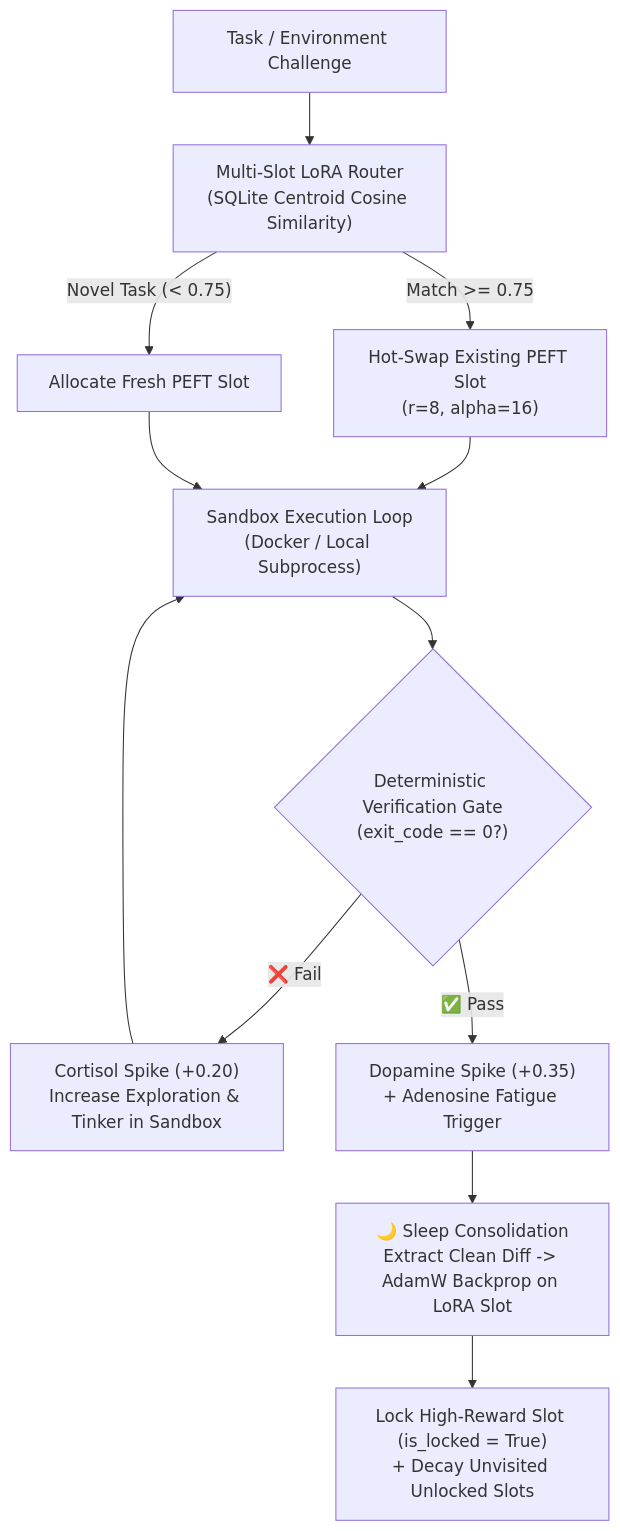
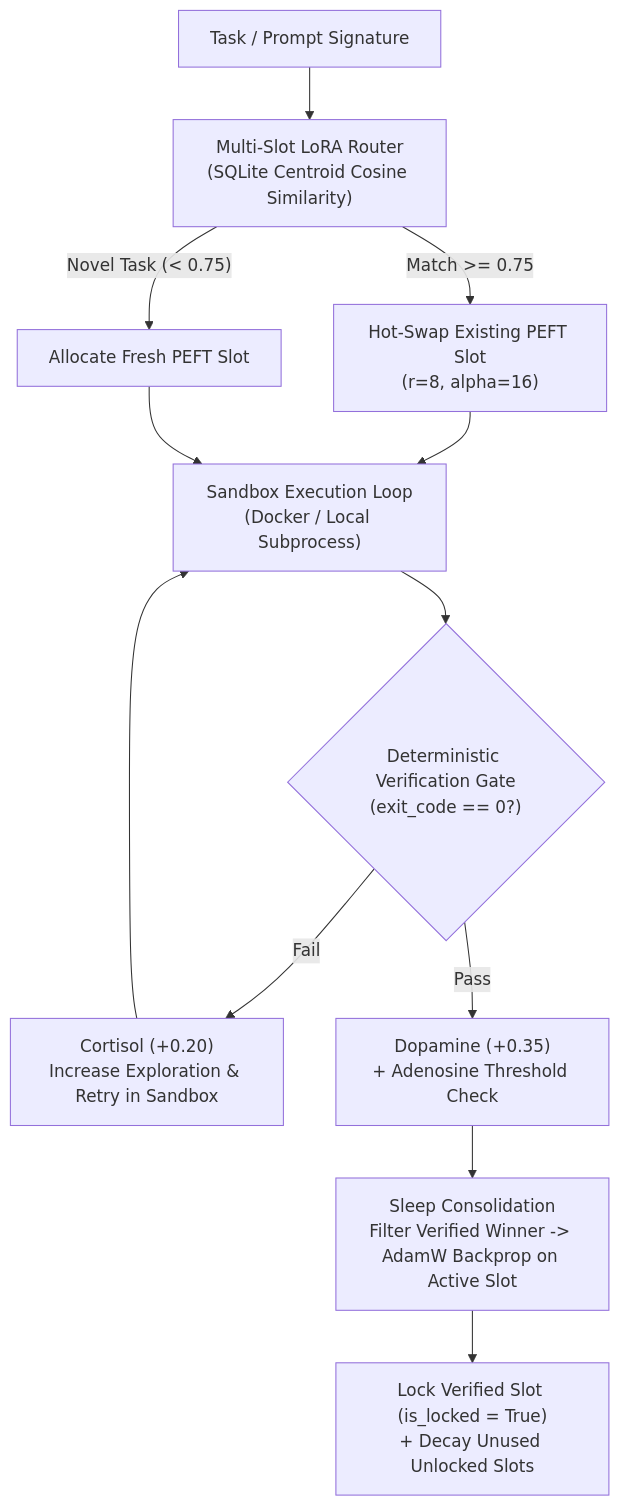
The diagram in README.md (Hackedghost64/neocortex), drawn with Mermaid before and after one commit. The commit also changed other lines of this file, not shown here.

````diff
--- a/README.md
+++ b/README.md
@@ -31,18 +50,18 @@
 ```mermaid
 flowchart TD
-    A["Task / Environment Challenge"] --> B["Multi-Slot LoRA Router<br/>(SQLite Centroid Cosine Similarity)"]
+    A["Task / Prompt Signature"] --> B["Multi-Slot LoRA Router<br/>(SQLite Centroid Cosine Similarity)"]
     B -- "Match >= 0.75" --> C["Hot-Swap Existing PEFT Slot<br/>(r=8, alpha=16)"]
     B -- "Novel Task (< 0.75)" --> D["Allocate Fresh PEFT Slot"]
     
     C --> E["Sandbox Execution Loop<br/>(Docker / Local Subprocess)"]
     D --> E
     
     E --> F{"Deterministic Verification Gate<br/>(exit_code == 0?)"}
     
-    F -- "❌ Fail" --> G["Cortisol Spike (+0.20)<br/>Increase Exploration & Tinker in Sandbox"]
+    F -- "Fail" --> G["Cortisol (+0.20)<br/>Increase Exploration & Retry in Sandbox"]
     G --> E
     
-    F -- "✅ Pass" --> H["Dopamine Spike (+0.35)<br/>+ Adenosine Fatigue Trigger"]
-    H --> I["🌙 Sleep Consolidation<br/>Extract Clean Diff -> AdamW Backprop on LoRA Slot"]
-    I --> J["Lock High-Reward Slot (is_locked = True)<br/>+ Decay Unvisited Unlocked Slots"]
+    F -- "Pass" --> H["Dopamine (+0.35)<br/>+ Adenosine Threshold Check"]
+    H --> I["Sleep Consolidation<br/>Filter Verified Winner -> AdamW Backprop on Active Slot"]
+    I --> J["Lock Verified Slot (is_locked = True)<br/>+ Decay Unused Unlocked Slots"]
 ```
````
